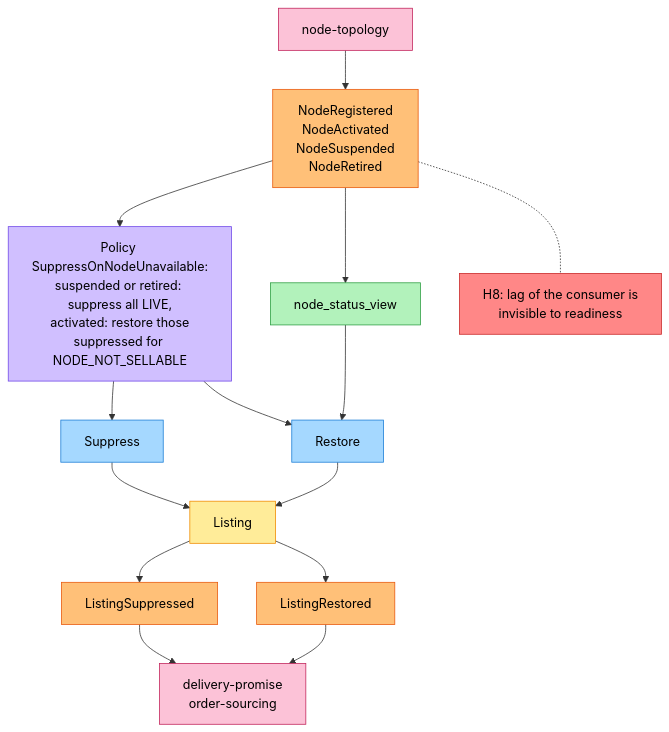
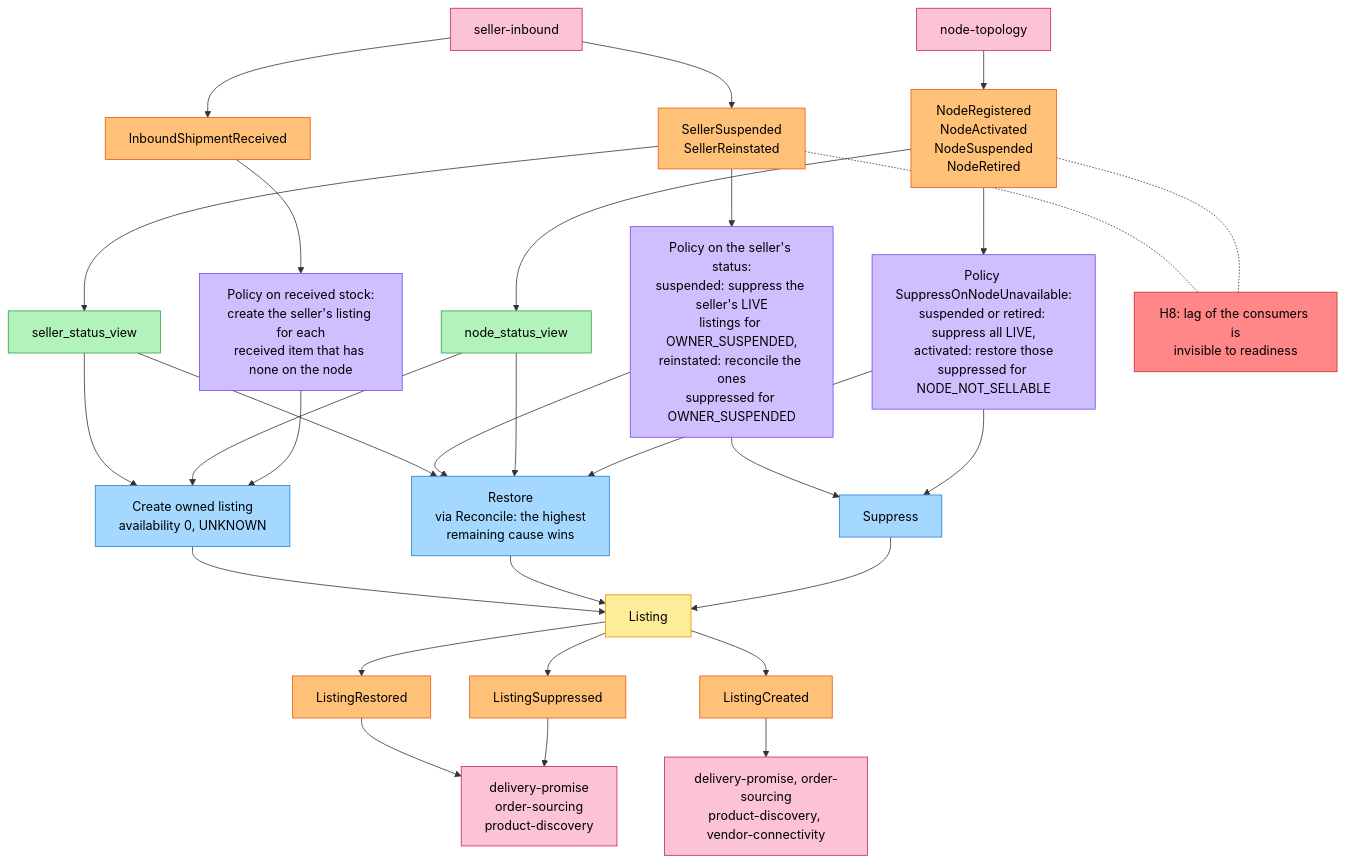
One commit to IQVO/offer-availability changed the third of 3 diagrams in docs/docs/ddd/eventstorming.md. Above: the diagram before and after it, drawn with Mermaid. The commit also changed other lines of this file and 15 other files, not shown here.

Commit message:
docs(offer-availability): reconcile consumer lists, suppression inputs and ADR state with the code

````diff
--- a/docs/docs/ddd/eventstorming.md
+++ b/docs/docs/ddd/eventstorming.md
@@ -119,31 +120,50 @@
 ```mermaid
 flowchart TB
     NT["node-topology"]:::external
+    SI["seller-inbound"]:::external
     E0["NodeRegistered<br/>NodeActivated<br/>NodeSuspended<br/>NodeRetired"]:::event
+    S0["SellerSuspended<br/>SellerReinstated"]:::event
+    S1["InboundShipmentReceived"]:::event
     R1["node_status_view"]:::readmodel
+    R2["seller_status_view"]:::readmodel
     P1["Policy SuppressOnNodeUnavailable:<br/>suspended or retired: suppress all LIVE,<br/>activated: restore those<br/>suppressed for NODE_NOT_SELLABLE"]:::policy
+    P2["Policy on the seller's status:<br/>suspended: suppress the seller's LIVE<br/>listings for OWNER_SUSPENDED,<br/>reinstated: reconcile the ones<br/>suppressed for OWNER_SUSPENDED"]:::policy
+    P3["Policy on received stock:<br/>create the seller's listing for each<br/>received item that has none on the node"]:::policy
     C1["Suppress"]:::command
-    C2["Restore"]:::command
+    C2["Restore<br/>via Reconcile: the highest<br/>remaining cause wins"]:::command
+    C4["Create owned listing<br/>availability 0, UNKNOWN"]:::command
     A1["Listing"]:::aggregate
     E1["ListingSuppressed"]:::event
     E2["ListingRestored"]:::event
-    X1["delivery-promise<br/>order-sourcing"]:::external
-    H8["H8: lag of the consumer is<br/>invisible to readiness"]:::hotspot
+    E3["ListingCreated"]:::event
+    X1["delivery-promise<br/>order-sourcing<br/>product-discovery"]:::external
+    X2["delivery-promise, order-sourcing<br/>product-discovery, vendor-connectivity"]:::external
+    H8["H8: lag of the consumers is<br/>invisible to readiness"]:::hotspot
 
     NT --> E0 --> R1
     E0 --> P1
     P1 --> C1 --> A1
     P1 --> C2 --> A1
     R1 --> C2
+    SI --> S0 --> R2
+    S0 --> P2
+    P2 --> C1
+    P2 --> C2
+    R2 --> C2
+    SI --> S1 --> P3 --> C4 --> A1
+    R1 --> C4
+    R2 --> C4
     A1 --> E1 --> X1
     A1 --> E2 --> X1
+    A1 --> E3 --> X2
     E0 -.- H8
+    S0 -.- H8
 
     classDef command fill:#a5d8ff,stroke:#1c7ed6,color:#000
     classDef aggregate fill:#ffec99,stroke:#f08c00,color:#000
     classDef event fill:#ffc078,stroke:#e8590c,color:#000
     classDef policy fill:#d0bfff,stroke:#7048e8,color:#000
     classDef readmodel fill:#b2f2bb,stroke:#2f9e44,color:#000
     classDef external fill:#fcc2d7,stroke:#c2255c,color:#000
     classDef hotspot fill:#ff8787,stroke:#c92a2a,color:#000
 ```
````
